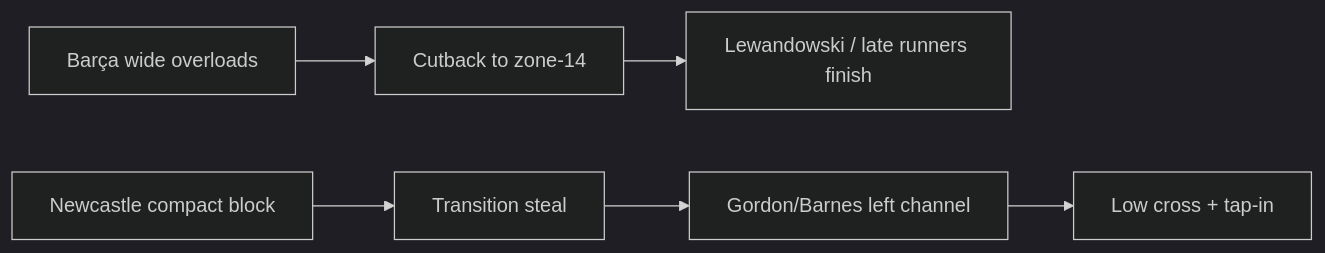
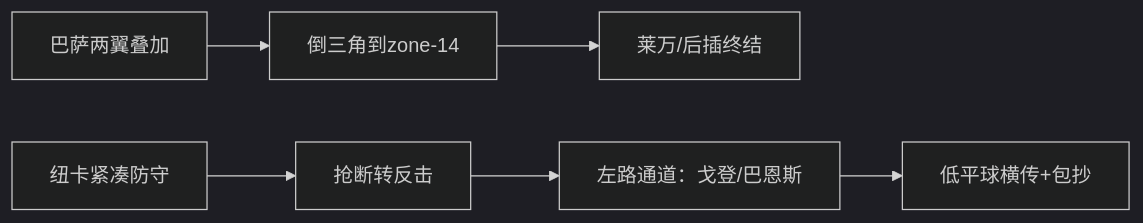
Before and after one commit to royzuo/violete-repos: the diagram in football/2026-03-18_barca_vs_newcastle/gamma_deck.md, drawn with Mermaid (dark theme). The commit also changed other lines of this file and 2 other files, not shown here.

````diff
--- a/football/2026-03-18_barca_vs_newcastle/gamma_deck.md
+++ b/football/2026-03-18_barca_vs_newcastle/gamma_deck.md
@@ -78,8 +79,8 @@
 ```mermaid
 flowchart LR
-A[Barça wide overloads] --> B[Cutback to zone-14]
-B --> C[Lewandowski / late runners finish]
-D[Newcastle compact block] --> E[Transition steal]
-E --> F[Gordon/Barnes left channel]
-F --> G[Low cross + tap-in]
+A[巴萨两翼叠加] --> B[倒三角到zone-14]
+B --> C[莱万/后插终结]
+D[纽卡紧凑防守] --> E[抢断转反击]
+E --> F[左路通道：戈登/巴恩斯]
+F --> G[低平球横传+包抄]
 ```
````
